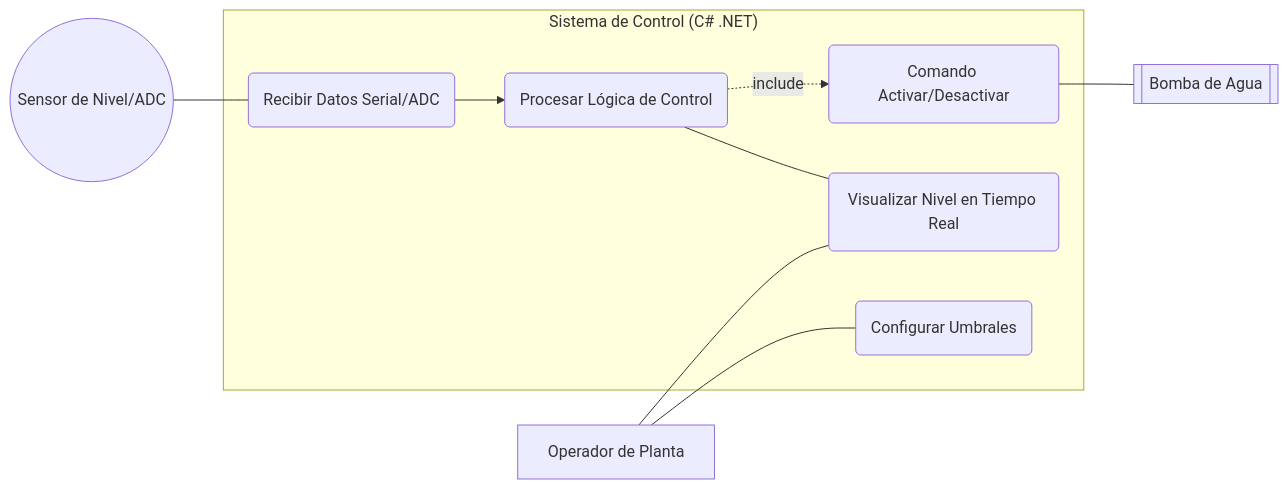
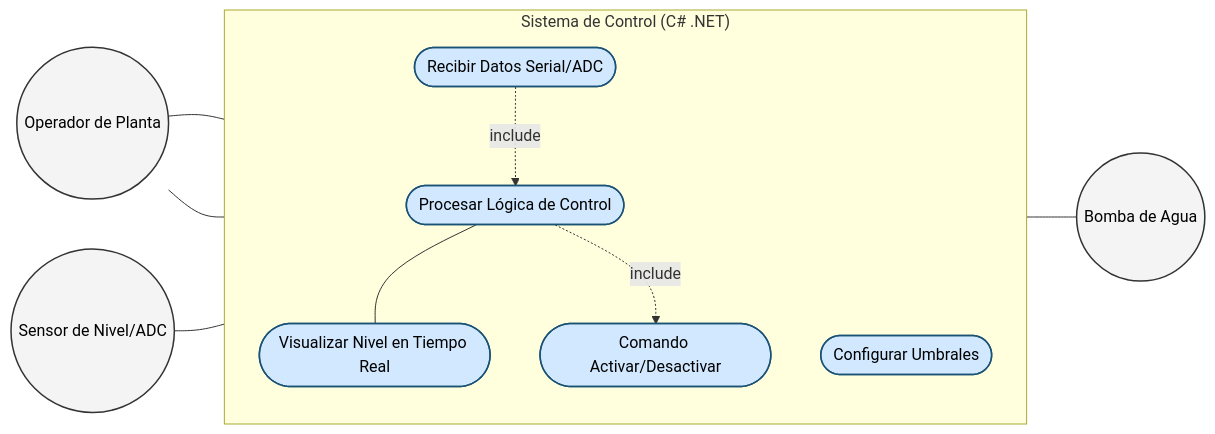
One commit to RobertoLorenzoAguilar/pump-level-control-wpf changed the first of 3 diagrams in README.md. Above: the diagram before and after it, drawn with Mermaid. The commit also changed 1 other file, not shown here.

Commit message:
docs: update use case diagram in README and extract to standalone file with improved styling

````diff
--- a/README.md
+++ b/README.md
@@ -18,26 +18,35 @@
 ```mermaid
-graph LR
-    %% Definición de Actores con formas distintas
-    Admin[Operador de Planta]
+flowchart LR
+    %% Actores 
+    Admin((Operador de Planta))
     Sensor((Sensor de Nivel/ADC))
-    Actuador[[Bomba de Agua]]
+    Actuador((Bomba de Agua))
 
-    subgraph "Sistema de Control (C# .NET)"
-        UC1(Visualizar Nivel en Tiempo Real)
-        UC2(Configurar Umbrales)
-        UC3(Recibir Datos Serial/ADC)
-        UC4(Procesar Lógica de Control)
-        UC5(Comando Activar/Desactivar)
+    %% Sistema (Rectángulo Envolvente)
+    subgraph Sistema_de_Control ["Sistema de Control (C# .NET)"]
+        direction TB
+        UC1([Visualizar Nivel en Tiempo Real])
+        UC2([Configurar Umbrales])
+        UC3([Recibir Datos Serial/ADC])
+        UC4([Procesar Lógica de Control])
+        UC5([Comando Activar/Desactivar])
         
         %% Relaciones internas
-        UC3 --> UC4
+        UC3 -.->|include| UC4
         UC4 -.->|include| UC5
         UC4 --- UC1
     end
 
-    %% Conexiones con Actores
+    %% Conexiones Clásicas
     Admin --- UC1
     Admin --- UC2
     Sensor --- UC3
     UC5 --- Actuador
+
+    %% Forzando la Apariencia UML mediante Clases de Color
+    classDef actor fill:#F4F4F4,stroke:#333,stroke-width:1.5px,color:#000;
+    classDef usecase fill:#D1E8FF,stroke:#1A5276,stroke-width:1.5px,color:#000;
+    
+    class Admin,Sensor,Actuador actor;
+    class UC1,UC2,UC3,UC4,UC5 usecase;
 ```
````
